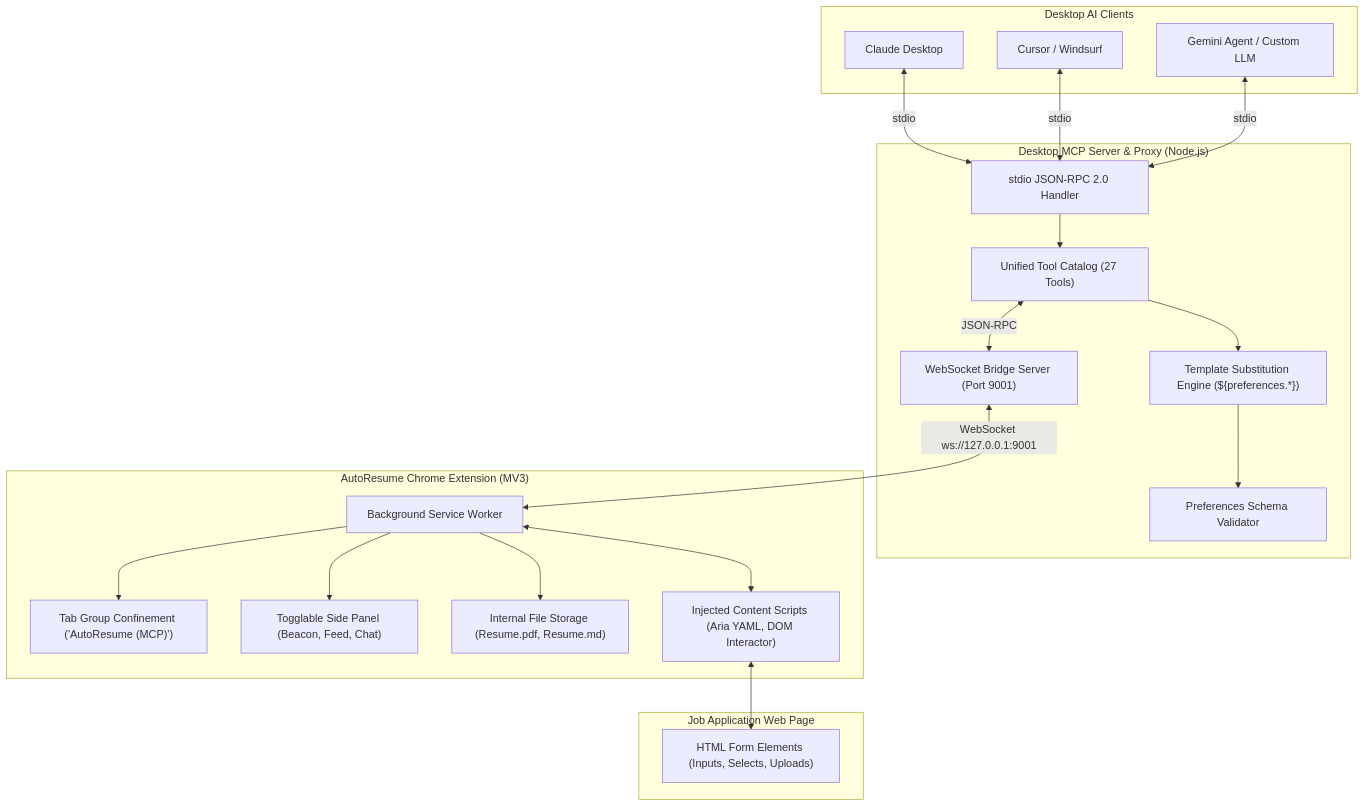
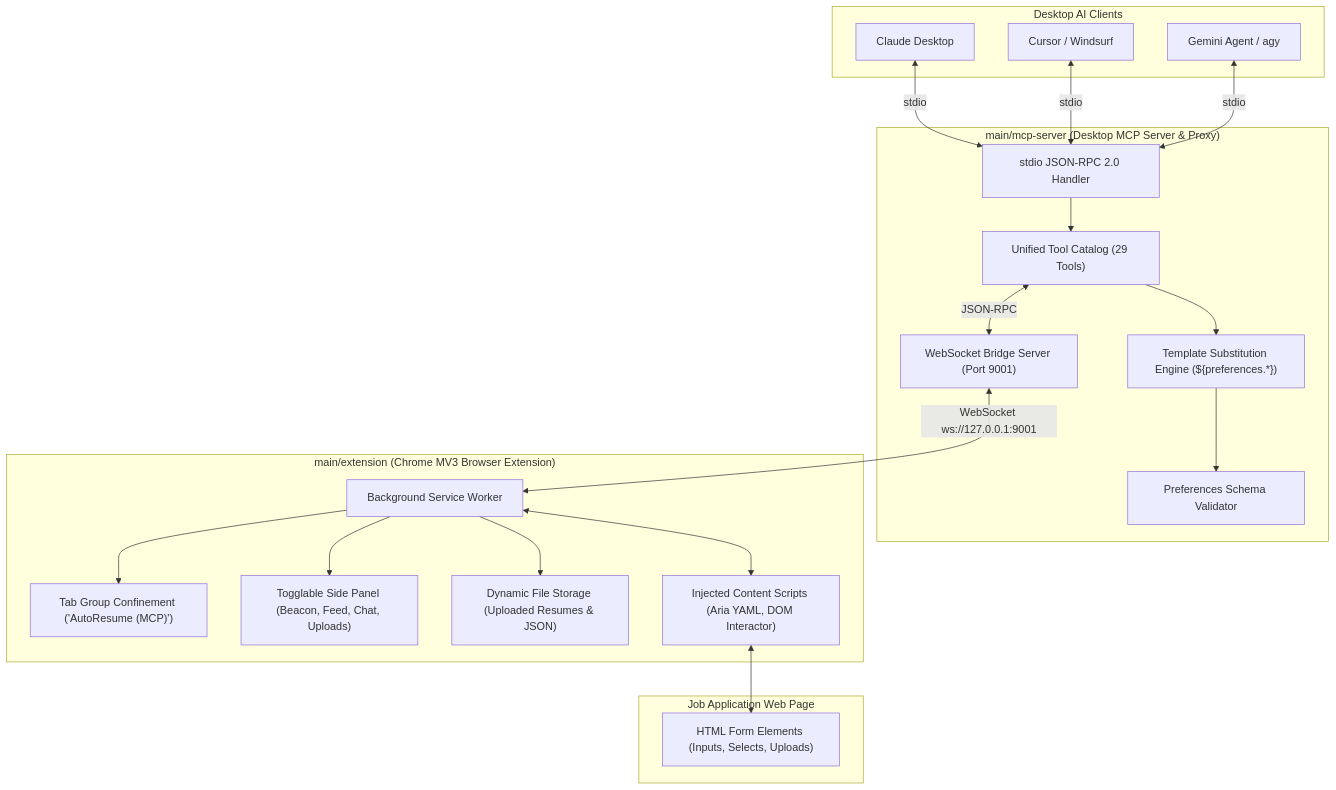
The diagram in main/README.md (fschatbot/Resumate), drawn with Mermaid before and after one commit. The commit also changed other lines of this file and 4 other files, not shown here.

````diff
--- a/main/README.md
+++ b/main/README.md
@@ -9,44 +12,44 @@
 ```mermaid
 flowchart TD
     subgraph DesktopClients["Desktop AI Clients"]
         CD["Claude Desktop"]
         CR["Cursor / Windsurf"]
-        GM["Gemini Agent / Custom LLM"]
+        GM["Gemini Agent / agy"]
     end
 
-    subgraph MCPServer["Desktop MCP Server & Proxy (Node.js)"]
+    subgraph MCPServer["main/mcp-server (Desktop MCP Server & Proxy)"]
         STDIO["stdio JSON-RPC 2.0 Handler"]
-        REG["Unified Tool Catalog (27 Tools)"]
+        REG["Unified Tool Catalog (29 Tools)"]
         TR["Template Substitution Engine (${preferences.*})"]
         VAL["Preferences Schema Validator"]
         WS_SRV["WebSocket Bridge Server (Port 9001)"]
     end
 
-    subgraph ChromeExt["AutoResume Chrome Extension (MV3)"]
+    subgraph ChromeExt["main/extension (Chrome MV3 Browser Extension)"]
         SW["Background Service Worker"]
         TG["Tab Group Confinement ('AutoResume (MCP)')"]
-        SP["Togglable Side Panel (Beacon, Feed, Chat)"]
-        FS["Internal File Storage (Resume.pdf, Resume.md)"]
+        SP["Togglable Side Panel (Beacon, Feed, Chat, Uploads)"]
+        FS["Dynamic File Storage (Uploaded Resumes & JSON)"]
         CS["Injected Content Scripts (Aria YAML, DOM Interactor)"]
     end
 
     subgraph TargetPage["Job Application Web Page"]
         DOM["HTML Form Elements (Inputs, Selects, Uploads)"]
     end
 
     CD <-->|stdio| STDIO
     CR <-->|stdio| STDIO
     GM <-->|stdio| STDIO
 
     STDIO --> REG
     REG --> TR
     TR --> VAL
     REG <-->|JSON-RPC| WS_SRV
     WS_SRV <-->|WebSocket ws://127.0.0.1:9001| SW
 
     SW --> TG
     SW --> SP
     SW --> FS
     SW <--> CS
     CS <--> DOM
 ```
````
